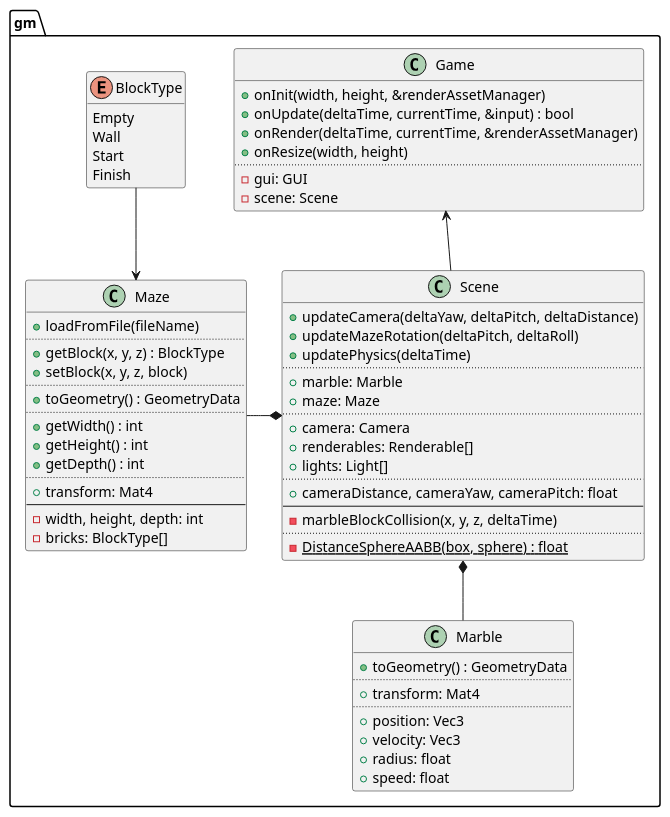
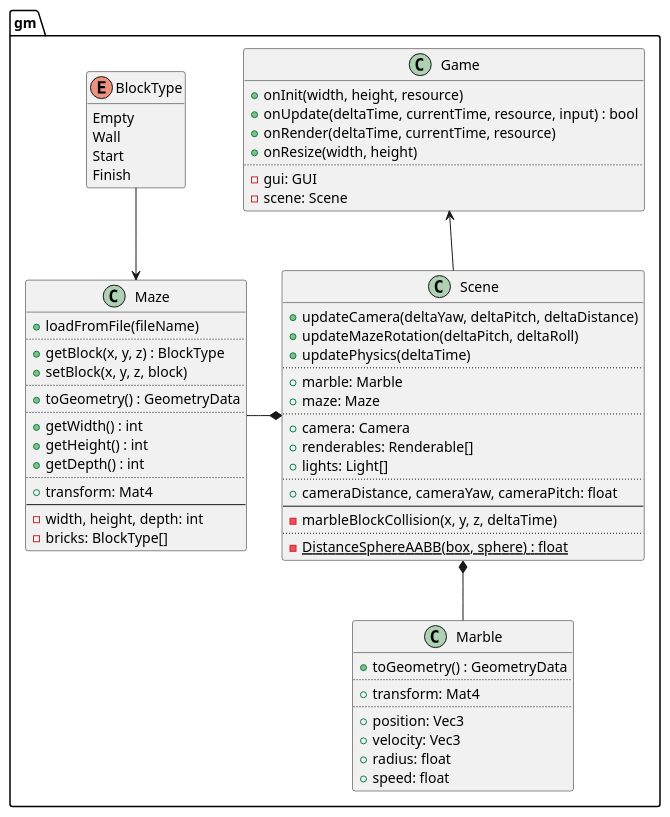
Before and after one commit to ba6er/marblemaze: the diagram in design/uml/gm.puml, drawn with PlantUML. The commit also changed 4 other files, not shown here.

Commit message:
Added ResourceManager reference to Game::onUpdate

```diff
--- a/design/uml/gm.puml
+++ b/design/uml/gm.puml
@@ -1,77 +1,77 @@
 @startuml
 set separator ::
 
 class gm::Game {
-	+onInit(width, height, &renderAssetManager)
-	+onUpdate(deltaTime, currentTime, &input) : bool
-	+onRender(deltaTime, currentTime, &renderAssetManager)
+	+onInit(width, height, resource)
+	+onUpdate(deltaTime, currentTime, resource, input) : bool
+	+onRender(deltaTime, currentTime, resource)
 	+onResize(width, height)
 	..
 	-gui: GUI
 	-scene: Scene
 }
 
 class gm::Scene {
 	+updateCamera(deltaYaw, deltaPitch, deltaDistance)
 	+updateMazeRotation(deltaPitch, deltaRoll)
 	+updatePhysics(deltaTime)
 	..
 	+marble: Marble
 	+maze: Maze
 	..
 	+camera: Camera
 	+renderables: Renderable[]
 	+lights: Light[]
 	..
 	+cameraDistance, cameraYaw, cameraPitch: float
 	--
 	-marbleBlockCollision(x, y, z, deltaTime)
 	..
 	{static} -DistanceSphereAABB(box, sphere) : float
 }
 
 enum gm::BlockType {
 	Empty
 	Wall
 	Start
 	Finish
 }
 hide BlockType methods
 
 class gm::Maze {
 	+loadFromFile(fileName)
 	..
 	+getBlock(x, y, z) : BlockType
 	+setBlock(x, y, z, block)
 	..
 	+toGeometry() : GeometryData
 	..
 	+getWidth() : int
 	+getHeight() : int
 	+getDepth() : int
 	..
 	+transform: Mat4
 	--
 	-width, height, depth: int
 	-bricks: BlockType[]
 }
 
 class gm::Marble {
 	+toGeometry() : GeometryData
 	..
 	+transform: Mat4
 	..
 	+position: Vec3
 	+velocity: Vec3
 	+radius: float
 	+speed: float
 }
 
 Maze <-up- BlockType
 
 Scene *-left- Maze
 Scene *-down- Marble
 
 Game <-- Scene
 
 @enduml
```
